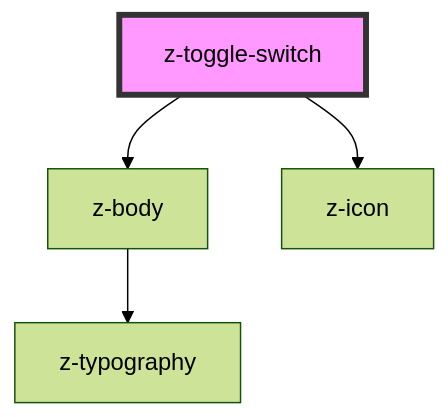
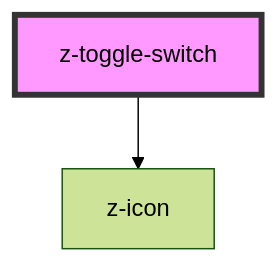
Before and after one commit to ZanichelliEditore/design-system: the diagram in src/components/buttons/z-toggle-switch/readme.md, drawn with Mermaid (forest theme). The commit also changed other lines of this file and 4 other files, not shown here.

````diff
--- a/src/components/buttons/z-toggle-switch/readme.md
+++ b/src/components/buttons/z-toggle-switch/readme.md
@@ -33,7 +32,5 @@
 ```mermaid
 graph TD;
-  z-toggle-switch --> z-body
   z-toggle-switch --> z-icon
-  z-body --> z-typography
   style z-toggle-switch fill:#f9f,stroke:#333,stroke-width:4px
 ```
````
